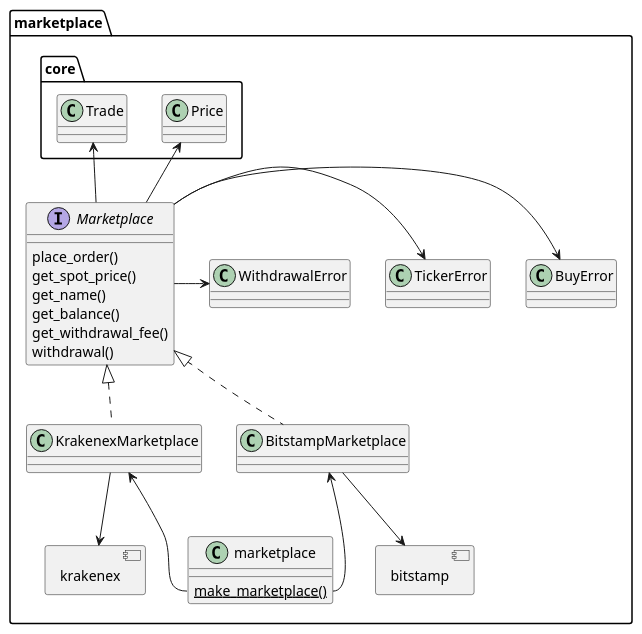
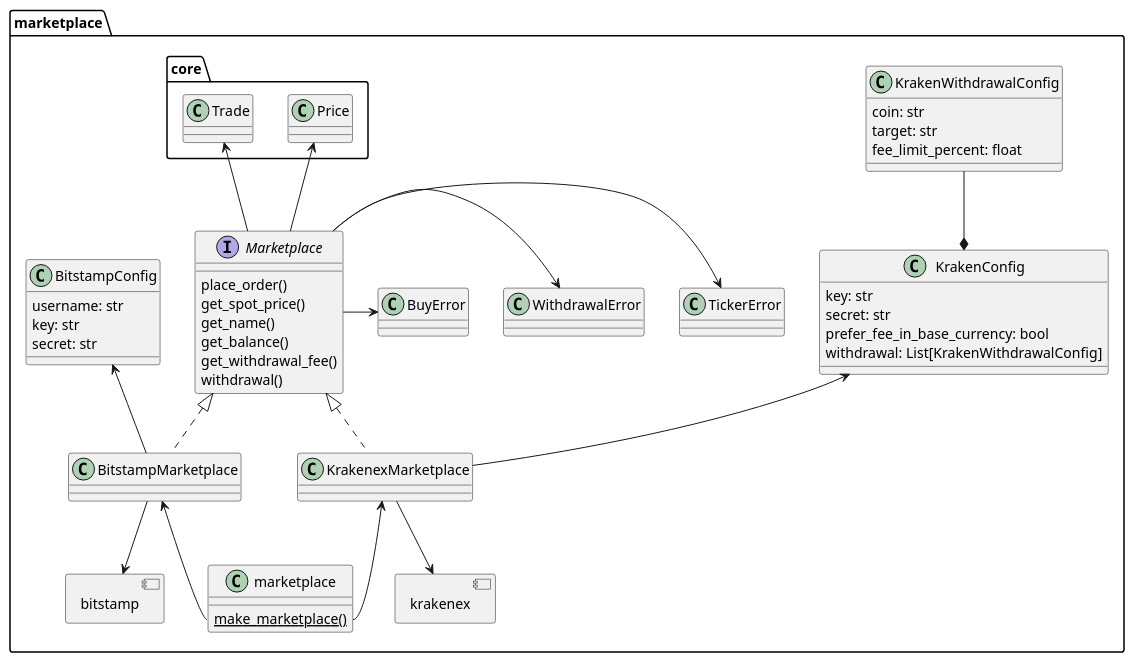
Before and after one commit to martin-ueding/vigilant-crypto-snatch: the diagram in docs/dev/graphs/marketplace.puml, drawn with PlantUML. The commit also changed 7 other files, not shown here.

```diff
--- a/docs/dev/graphs/marketplace.puml
+++ b/docs/dev/graphs/marketplace.puml
@@ -1,44 +1,69 @@
 @startuml
 
 allowmixing
 
 namespace marketplace {
     component bitstamp
     component krakenex
 
 interface Marketplace {
     place_order()
     get_spot_price()
     get_name()
     get_balance()
     get_withdrawal_fee()
     withdrawal()
 }
 
 class BuyError
 class TickerError
 class WithdrawalError
 
 Marketplace -> BuyError
 Marketplace -> TickerError
 Marketplace -> WithdrawalError
 
 core.Price <-- Marketplace
 core.Trade <-- Marketplace
 
 class KrakenexMarketplace implements Marketplace
 KrakenexMarketplace --> krakenex
 
 class BitstampMarketplace implements Marketplace
 BitstampMarketplace --> bitstamp
 
 class marketplace {
 {static} make_marketplace()
 }
 
 KrakenexMarketplace <-- marketplace::make_marketplace
 BitstampMarketplace <-- marketplace::make_marketplace
 
+class KrakenWithdrawalConfig {
+    coin: str
+    target: str
+    fee_limit_percent: float
+}
+
+class KrakenConfig {
+    key: str
+    secret: str
+    prefer_fee_in_base_currency: bool
+    withdrawal: List[KrakenWithdrawalConfig]
+}
+
+KrakenWithdrawalConfig --* KrakenConfig
+
+KrakenConfig <-- KrakenexMarketplace
+
+class BitstampConfig {
+    username: str
+    key: str
+    secret: str
+}
+
+BitstampConfig <-- BitstampMarketplace
+
 }
 
 @enduml
```
